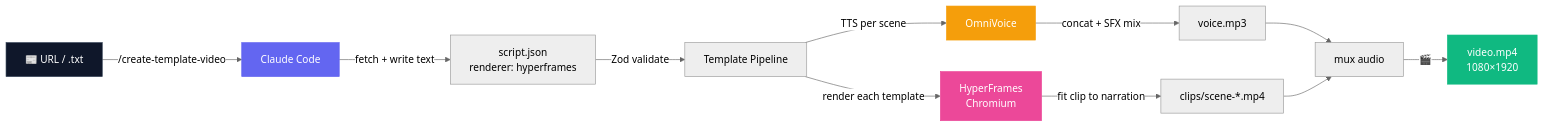
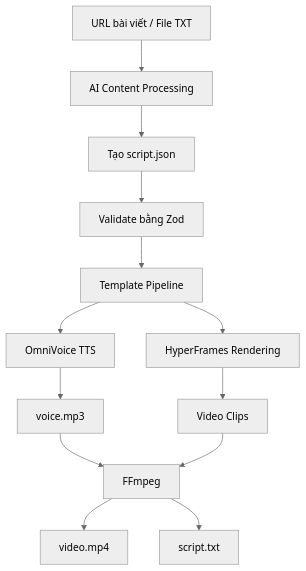
The diagram in README.md (datdevl/AI-auto-generate-video), drawn with Mermaid (neutral theme) before and after one commit. The commit also changed other lines of this file, not shown here.

````diff
--- a/README.md
+++ b/README.md
@@ -151,19 +78,19 @@
 ```mermaid
-flowchart LR
-    A["📰 URL / .txt"] -->|/create-template-video| B[Claude Code]
-    B -->|fetch + write text| C["script.json<br/>renderer: hyperframes"]
-    C -->|Zod validate| D[Template Pipeline]
-    D -->|TTS per scene| E[OmniVoice]
-    E -->|concat + SFX mix| F[voice.mp3]
-    D -->|render each template| G["HyperFrames<br/>Chromium"]
-    G -->|fit clip to narration| H["clips/scene-*.mp4"]
-    F --> I[mux audio]
-    H --> I
-    I -->|🎬| J["video.mp4<br/>1080×1920"]
+flowchart TD
+    A["URL bài viết / File TXT"] --> B["AI Content Processing"]
+    B --> C["Tạo script.json"]
+    C --> D["Validate bằng Zod"]
+    D --> E["Template Pipeline"]
 
-    style A fill:#0f172a,color:#fff,stroke:#334155
-    style B fill:#6366f1,color:#fff,stroke:#6366f1
-    style E fill:#f59e0b,color:#fff,stroke:#f59e0b
-    style G fill:#ec4899,color:#fff,stroke:#ec4899
-    style J fill:#10b981,color:#fff,stroke:#10b981
+    E --> F["OmniVoice TTS"]
+    E --> G["HyperFrames Rendering"]
+
+    F --> H["voice.mp3"]
+    G --> I["Video Clips"]
+
+    H --> J["FFmpeg"]
+    I --> J
+
+    J --> K["video.mp4"]
+    J --> L["script.txt"]
 ```
````
